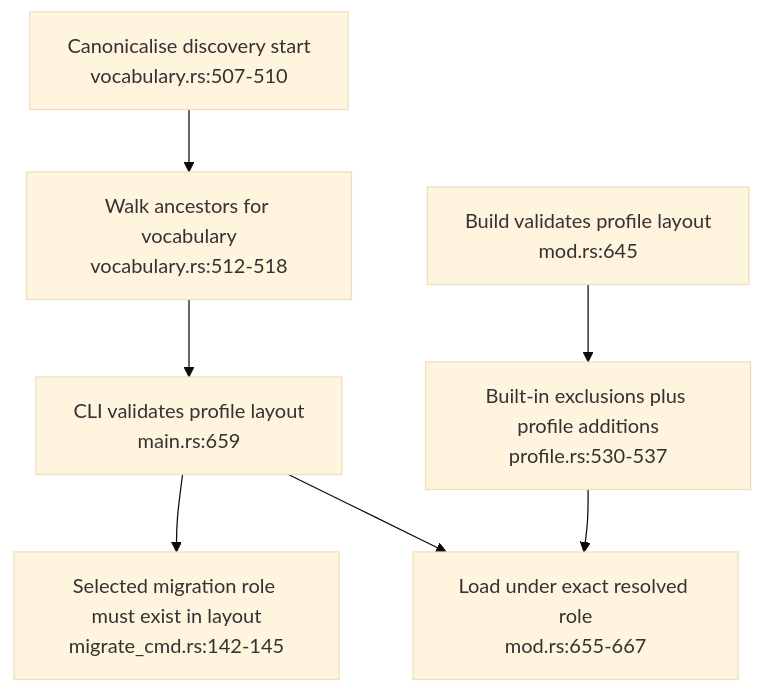
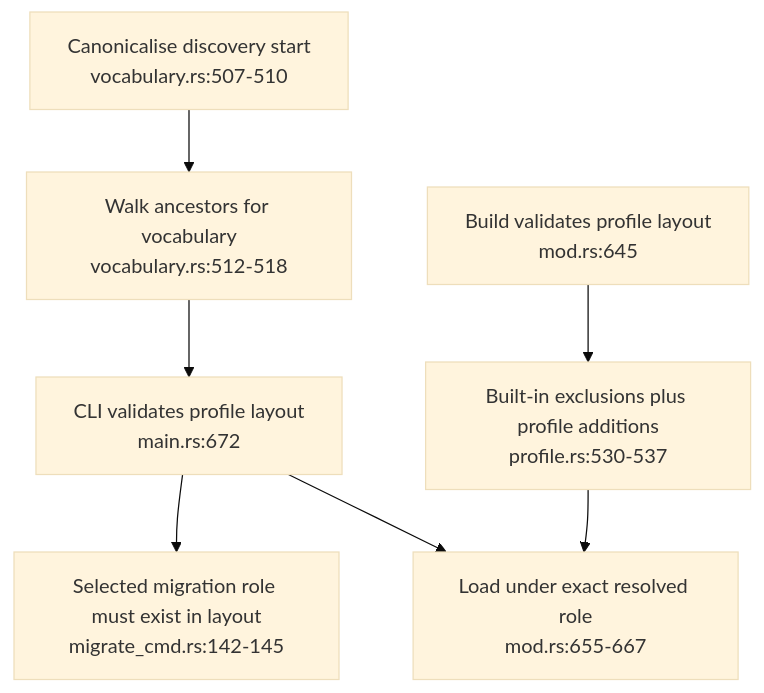
The second of 4 diagrams in docs/diagrams/ontomark/12-shared-layout-checks.md (DreamLab-AI/VisionFlow), drawn with Mermaid (base theme) before and after one commit. The commit also changed other lines of this file and 70 other files, not shown here.

First line of the commit message:
docs(diagrams): re-verify 69 topics at current default-branch heads

````diff
--- a/docs/diagrams/ontomark/12-shared-layout-checks.md
+++ b/docs/diagrams/ontomark/12-shared-layout-checks.md
@@ -51,9 +51,9 @@
 ```mermaid
 flowchart TD
     START["Canonicalise discovery start<br/>vocabulary.rs:507-510"] --> FIND["Walk ancestors for vocabulary<br/>vocabulary.rs:512-518"]
-    FIND --> CLI["CLI validates profile layout<br/>main.rs:659"]
+    FIND --> CLI["CLI validates profile layout<br/>main.rs:672"]
     CLI --> MIG["Selected migration role must exist in layout<br/>migrate_cmd.rs:142-145"]
     BUILD["Build validates profile layout<br/>mod.rs:645"] --> EX["Built-in exclusions plus profile additions<br/>profile.rs:530-537"]
     EX --> LOAD["Load under exact resolved role<br/>mod.rs:655-667"]
     CLI --> LOAD
 ```
````
